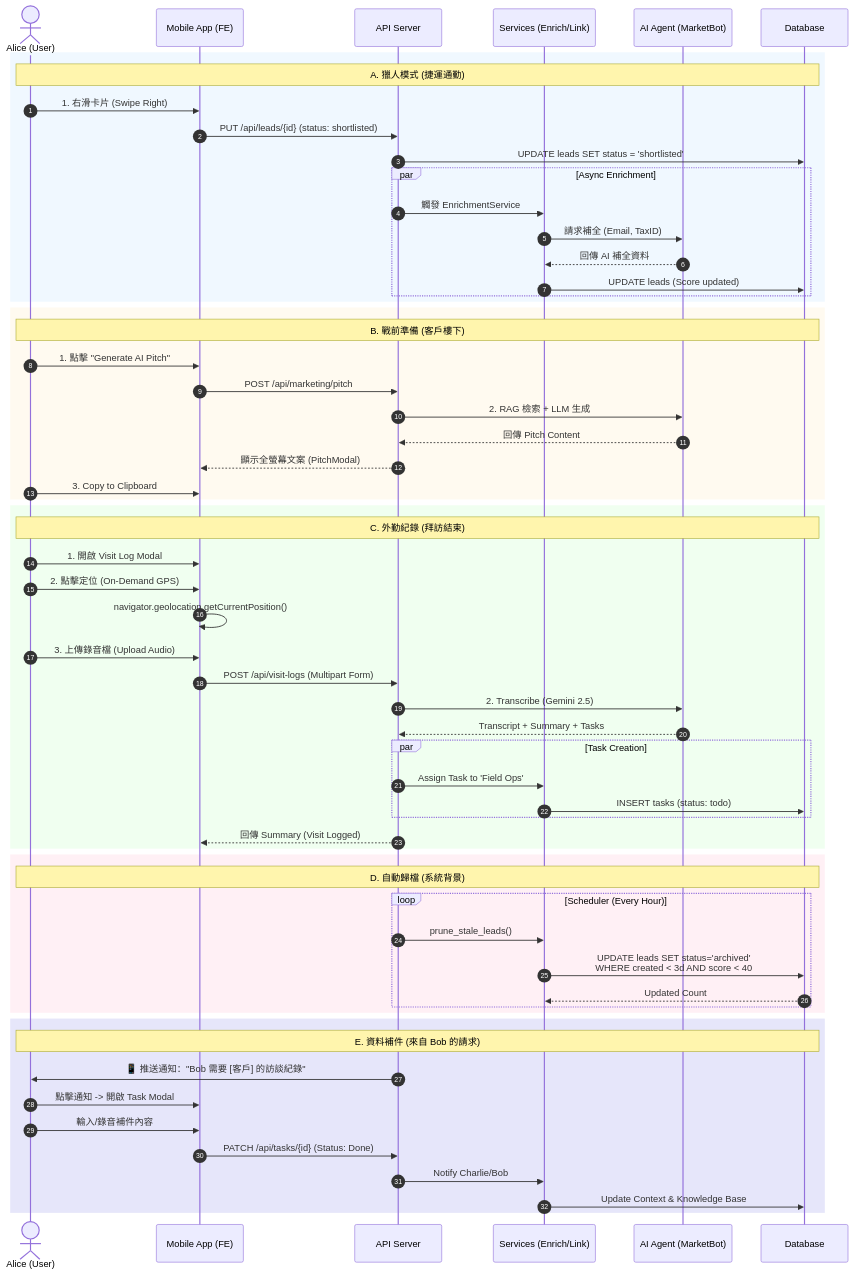
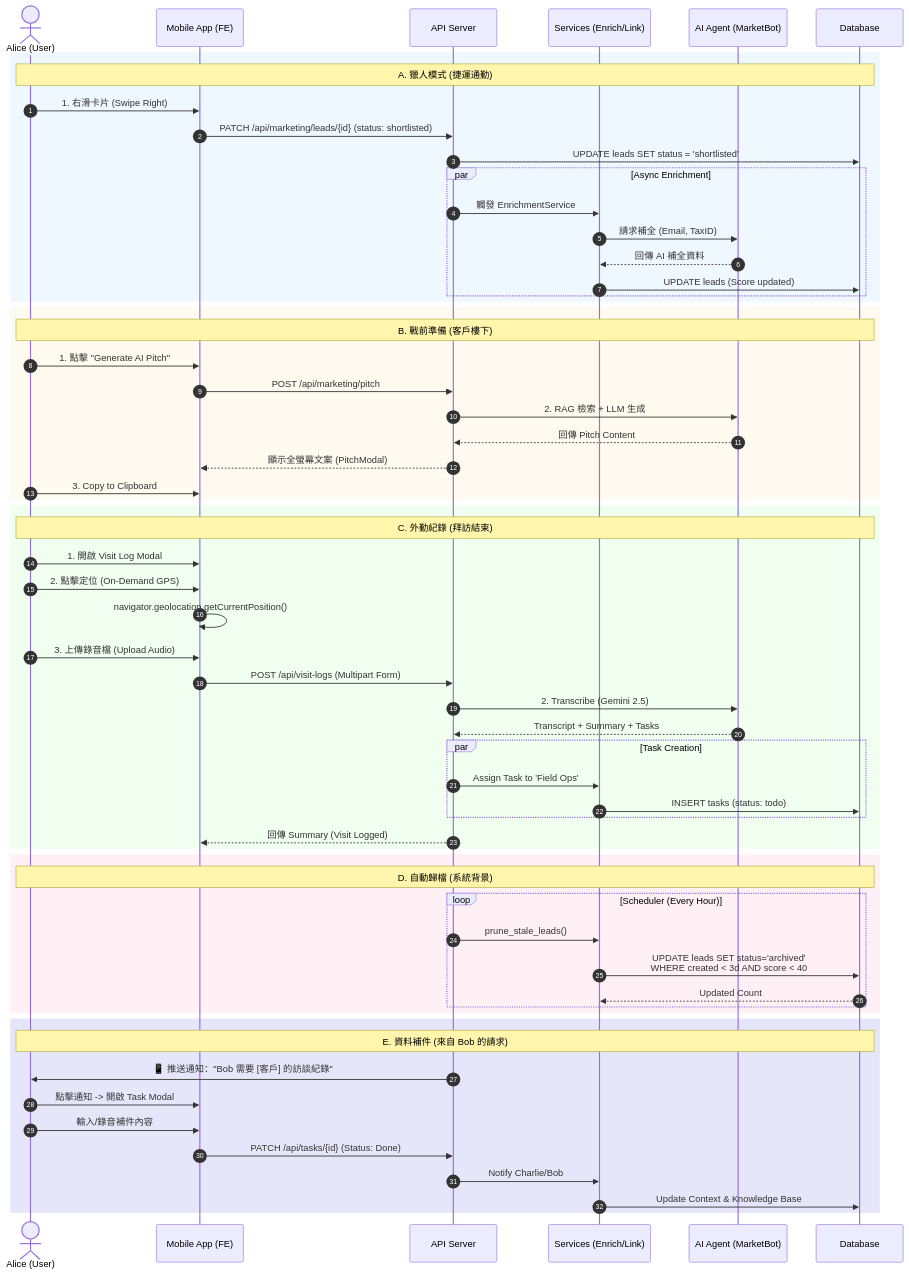
One commit to info-vin/Archon changed the diagram in PRPs/Phase_4.6.1_Alice_Persona_Workflows.md. Above: the diagram before and after it, drawn with Mermaid. The commit also changed 14 other files, not shown here.

````diff
--- a/PRPs/Phase_4.6.1_Alice_Persona_Workflows.md
+++ b/PRPs/Phase_4.6.1_Alice_Persona_Workflows.md
@@ -89,77 +89,77 @@
 ```mermaid
 sequenceDiagram
     autonumber
     actor Alice as Alice (User)
     participant App as Mobile App (FE)
     participant Backend as API Server
     participant Service as Services (Enrich/Link)
     participant MarketBot as AI Agent (MarketBot)
     participant DB as Database
 
     %% Scenario A: Hunter Mode
     rect rgb(240, 248, 255)
     note over Alice, DB: A. 獵人模式 (捷運通勤)
     Alice->>App: 1. 右滑卡片 (Swipe Right)
-    App->>Backend: PUT /api/leads/{id} (status: shortlisted)
+    App->>Backend: PATCH /api/marketing/leads/{id} (status: shortlisted)
     Backend->>DB: UPDATE leads SET status = 'shortlisted'
     
     par Async Enrichment
         Backend->>Service: 觸發 EnrichmentService
         Service->>MarketBot: 請求補全 (Email, TaxID)
         MarketBot-->>Service: 回傳 AI 補全資料
         Service->>DB: UPDATE leads (Score updated)
     end
     end
 
     %% Scenario B: Pitch Mode
     rect rgb(255, 250, 240)
     note over Alice, DB: B. 戰前準備 (客戶樓下)
     Alice->>App: 1. 點擊 "Generate AI Pitch"
     App->>Backend: POST /api/marketing/pitch
     Backend->>MarketBot: 2. RAG 檢索 + LLM 生成
     MarketBot-->>Backend: 回傳 Pitch Content
     Backend-->>App: 顯示全螢幕文案 (PitchModal)
     Alice->>App: 3. Copy to Clipboard
     end
 
     %% Scenario C: Field Ops (Visit Log)
     rect rgb(240, 255, 240)
     note over Alice, DB: C. 外勤紀錄 (拜訪結束)
     Alice->>App: 1. 開啟 Visit Log Modal
     Alice->>App: 2. 點擊定位 (On-Demand GPS)
     App->>App: navigator.geolocation.getCurrentPosition()
     Alice->>App: 3. 上傳錄音檔 (Upload Audio)
     App->>Backend: POST /api/visit-logs (Multipart Form)
     
     Backend->>MarketBot: 2. Transcribe (Gemini 2.5)
     MarketBot-->>Backend: Transcript + Summary + Tasks
     
     par Task Creation
         Backend->>Service: Assign Task to 'Field Ops'
         Service->>DB: INSERT tasks (status: todo)
     end
     
     Backend-->>App: 回傳 Summary (Visit Logged)
     end
 
     %% Scenario D: Pruning Loop (No Agent)
     rect rgb(255, 240, 245)
     Note over Alice, DB: D. 自動歸檔 (系統背景)
     loop Scheduler (Every Hour)
         Backend->>Service: prune_stale_leads()
         Service->>DB: UPDATE leads SET status='archived'<br/>WHERE created < 3d AND score < 40
         DB-->>Service: Updated Count
     end
     end
 
     %% Scenario E: Data Request Loop (Closed Loop)
     rect rgb(230, 230, 250)
     Note over Alice, DB: E. 資料補件 (來自 Bob 的請求)
     Backend->>Alice: 📱 推送通知："Bob 需要 [客戶] 的訪談紀錄"
     Alice->>App: 點擊通知 -> 開啟 Task Modal
     Alice->>App: 輸入/錄音補件內容
     App->>Backend: PATCH /api/tasks/{id} (Status: Done)
     Backend->>Service: Notify Charlie/Bob
     Service->>DB: Update Context & Knowledge Base
     end
 ```
````
